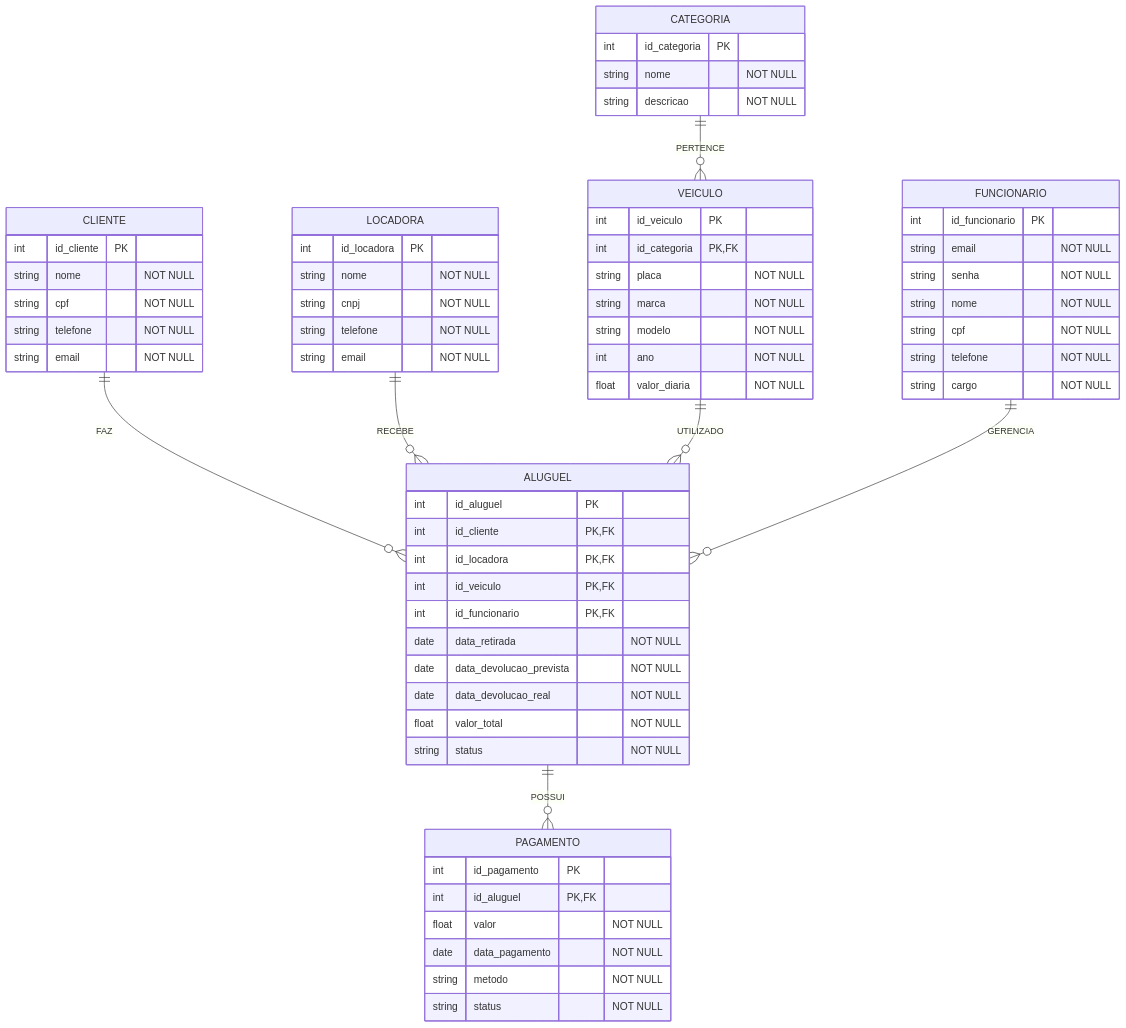
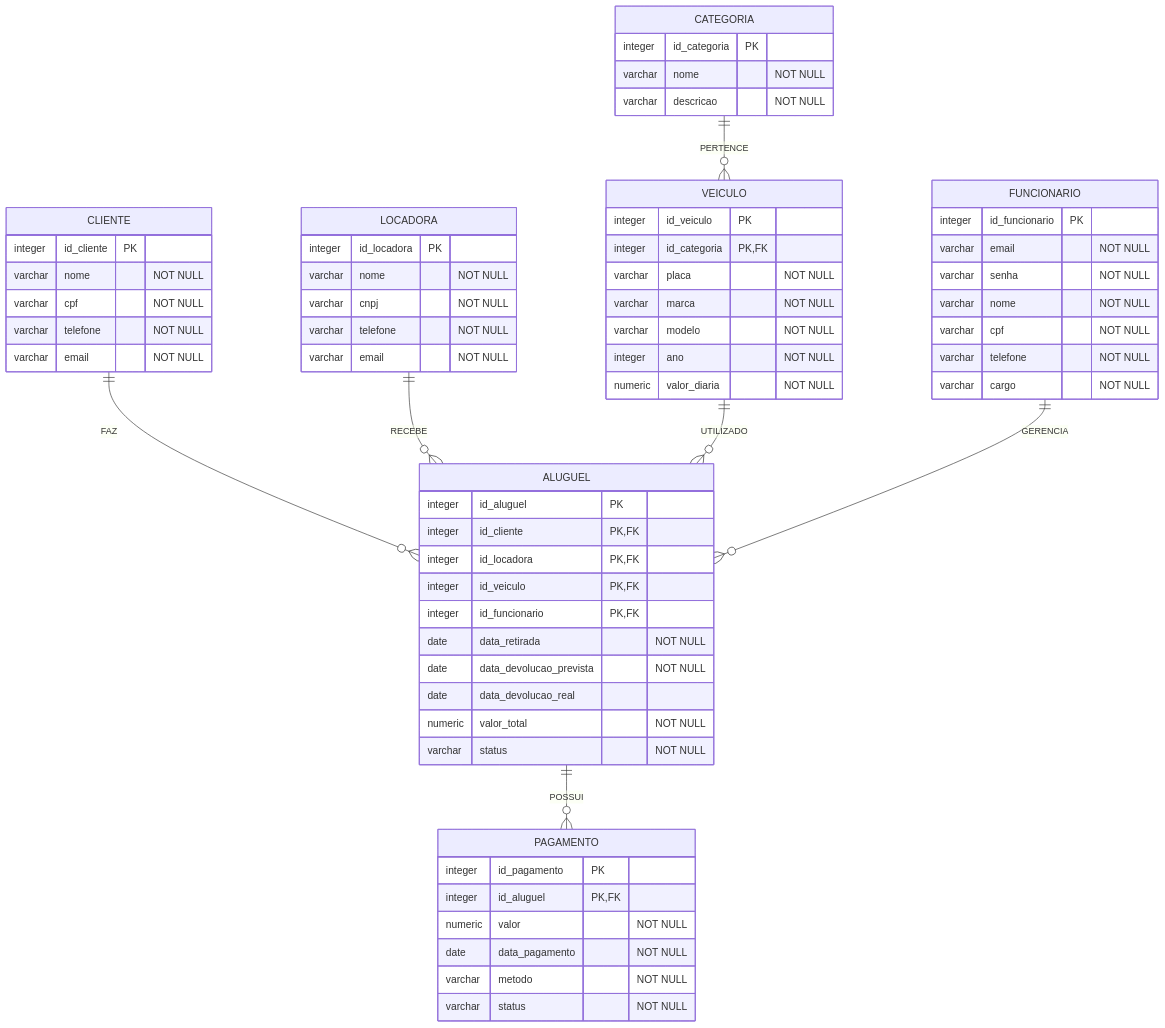
The diagram in diagrams/Locadora.mmd (natyylimaf/sistema-locacao-veiculos), drawn with Mermaid before and after one commit. The commit also changed 1 other file, not shown here.

```diff
--- a/diagrams/Locadora.mmd
+++ b/diagrams/Locadora.mmd
@@ -1,71 +1,71 @@
 erDiagram
     CLIENTE ||--o{ ALUGUEL : FAZ
     LOCADORA ||--o{ ALUGUEL : RECEBE
     VEICULO ||--o{ ALUGUEL : UTILIZADO
     CATEGORIA ||--o{ VEICULO : PERTENCE
     FUNCIONARIO ||--o{ ALUGUEL : GERENCIA
     ALUGUEL ||--o{ PAGAMENTO : POSSUI
 
     CLIENTE {
-        int id_cliente PK
-        string nome "NOT NULL"
-        string cpf "NOT NULL"
-        string telefone "NOT NULL"
-        string email "NOT NULL"
+        integer id_cliente PK
+        varchar nome "NOT NULL"
+        varchar cpf "NOT NULL"
+        varchar telefone "NOT NULL"
+        varchar email "NOT NULL"
     }
 
     LOCADORA {
-        int id_locadora PK
-        string nome "NOT NULL"
-        string cnpj "NOT NULL"
-        string telefone "NOT NULL"
-        string email "NOT NULL" 
+        integer id_locadora PK
+        varchar nome "NOT NULL"
+        varchar cnpj "NOT NULL"
+        varchar telefone "NOT NULL"
+        varchar email "NOT NULL" 
     }
 
     ALUGUEL {
-        int id_aluguel PK
-        int id_cliente PK, FK
-        int id_locadora PK,FK
-        int id_veiculo PK, FK
-        int id_funcionario PK, FK
+        integer id_aluguel PK
+        integer id_cliente PK, FK
+        integer id_locadora PK,FK
+        integer id_veiculo PK, FK
+        integer id_funcionario PK, FK
         date data_retirada "NOT NULL"
         date data_devolucao_prevista "NOT NULL"
-        date data_devolucao_real "NOT NULL"
-        float valor_total "NOT NULL"
-        string status "NOT NULL"
+        date data_devolucao_real
+        numeric valor_total "NOT NULL"
+        varchar status "NOT NULL"
     }
 
     VEICULO {
-        int id_veiculo PK
-        int id_categoria PK, FK
-        string placa "NOT NULL"
-        string marca "NOT NULL"
-        string modelo "NOT NULL"
-        int ano "NOT NULL"
-        float valor_diaria "NOT NULL"
+        integer id_veiculo PK
+        integer id_categoria PK, FK
+        varchar placa "NOT NULL"
+        varchar marca "NOT NULL"
+        varchar modelo "NOT NULL"
+        integer ano "NOT NULL"
+        numeric valor_diaria "NOT NULL"
     }
 
     CATEGORIA {
-        int id_categoria PK
-        string nome "NOT NULL"
-        string descricao "NOT NULL"
+        integer id_categoria PK
+        varchar nome "NOT NULL"
+        varchar descricao "NOT NULL"
     }
 
     FUNCIONARIO {
-        int id_funcionario PK
-        string email "NOT NULL"
-        string senha "NOT NULL"
-        string nome "NOT NULL"
-        string cpf "NOT NULL"
-        string telefone "NOT NULL"
-        string cargo "NOT NULL"
+        integer id_funcionario PK
+        varchar email "NOT NULL"
+        varchar senha "NOT NULL"
+        varchar nome "NOT NULL"
+        varchar cpf "NOT NULL"
+        varchar telefone "NOT NULL"
+        varchar cargo "NOT NULL"
     }
 
     PAGAMENTO {
-        int id_pagamento PK
-        int id_aluguel PK, FK
-        float valor "NOT NULL"
+        integer id_pagamento PK
+        integer id_aluguel PK, FK
+        numeric valor "NOT NULL"
         date data_pagamento "NOT NULL"
-        string metodo "NOT NULL"
-        string status "NOT NULL"
+        varchar metodo "NOT NULL"
+        varchar status "NOT NULL"
     }
```
